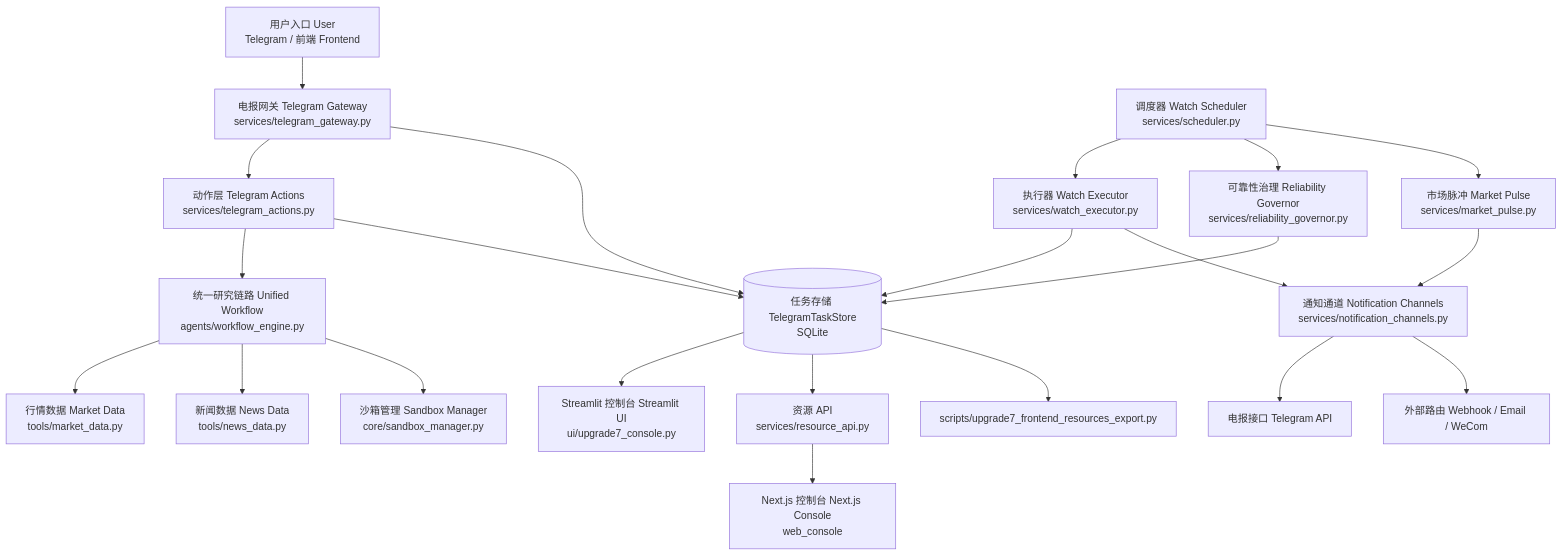
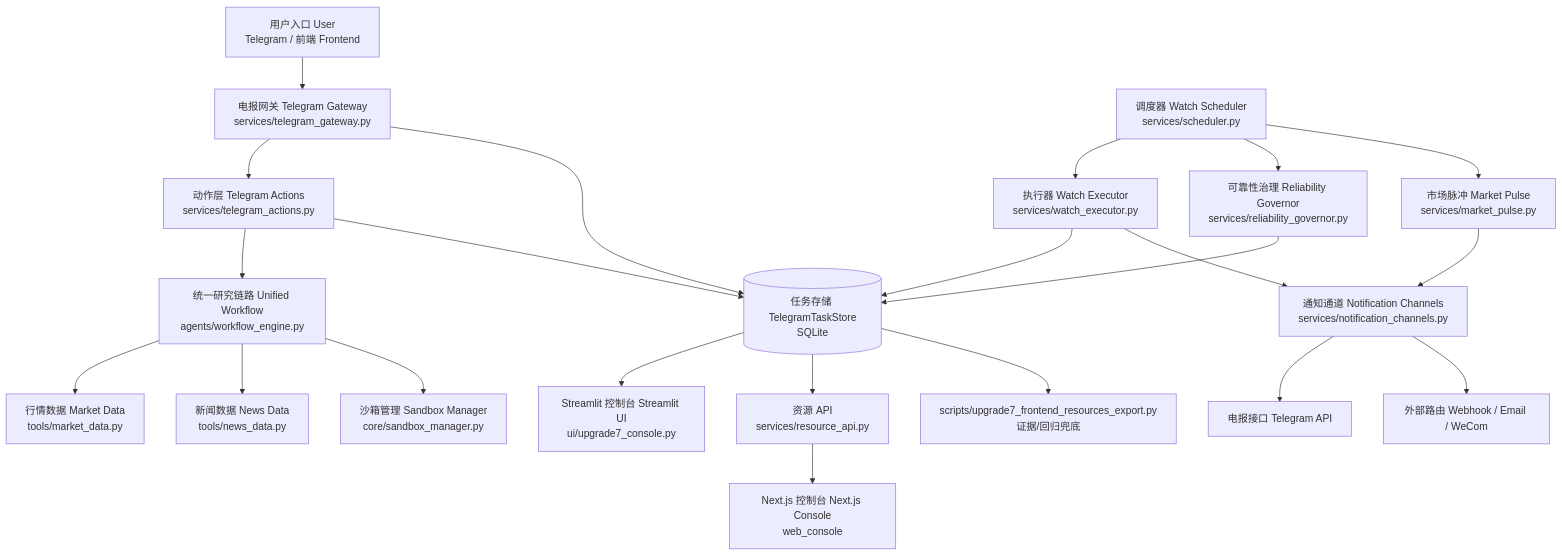
The first of 2 diagrams in README.md (standbyme626/Alpha-Insight), drawn with Mermaid before and after one commit. The commit also changed other lines of this file and 1 other file, not shown here.

Commit message:
docs: align README with upgrade10 resource API reality

````diff
--- a/README.md
+++ b/README.md
@@ -153,28 +163,28 @@
 ```mermaid
 graph TD
     U[用户入口 User<br/>Telegram / 前端 Frontend] --> TG[电报网关 Telegram Gateway<br/>services/telegram_gateway.py]
     TG --> TA[动作层 Telegram Actions<br/>services/telegram_actions.py]
     TA --> WF[统一研究链路 Unified Workflow<br/>agents/workflow_engine.py]
     WF --> MD[行情数据 Market Data<br/>tools/market_data.py]
     WF --> ND[新闻数据 News Data<br/>tools/news_data.py]
     WF --> SB[沙箱管理 Sandbox Manager<br/>core/sandbox_manager.py]
 
     TG --> TS[(任务存储 TelegramTaskStore<br/>SQLite)]
     TA --> TS
 
     SCH[调度器 Watch Scheduler<br/>services/scheduler.py] --> WE[执行器 Watch Executor<br/>services/watch_executor.py]
     WE --> TS
     WE --> NC[通知通道 Notification Channels<br/>services/notification_channels.py]
     NC --> TEL[电报接口 Telegram API]
     NC --> WEBH[外部路由 Webhook / Email / WeCom]
 
     SCH --> RG[可靠性治理 Reliability Governor<br/>services/reliability_governor.py]
     RG --> TS
     SCH --> MP[市场脉冲 Market Pulse<br/>services/market_pulse.py]
     MP --> NC
 
     TS --> FE1[Streamlit 控制台 Streamlit UI<br/>ui/upgrade7_console.py]
     TS --> API[资源 API<br/>services/resource_api.py]
     API --> FE2[Next.js 控制台 Next.js Console<br/>web_console]
-    TS --> EXP[scripts/upgrade7_frontend_resources_export.py]
+    TS --> EXP[scripts/upgrade7_frontend_resources_export.py<br/>证据/回归兜底]
 ```
````
